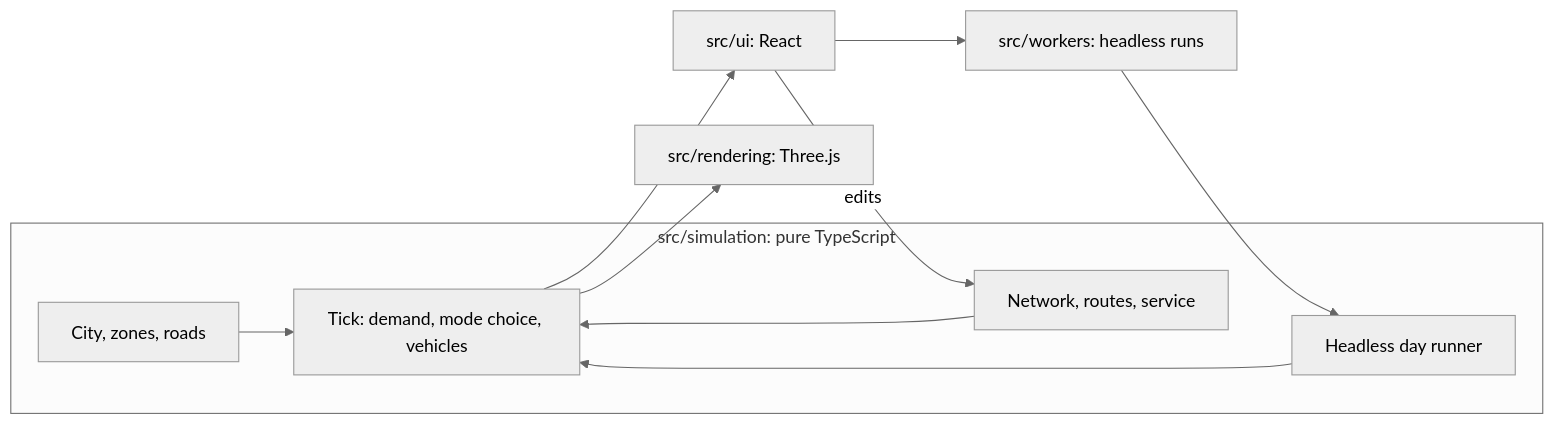
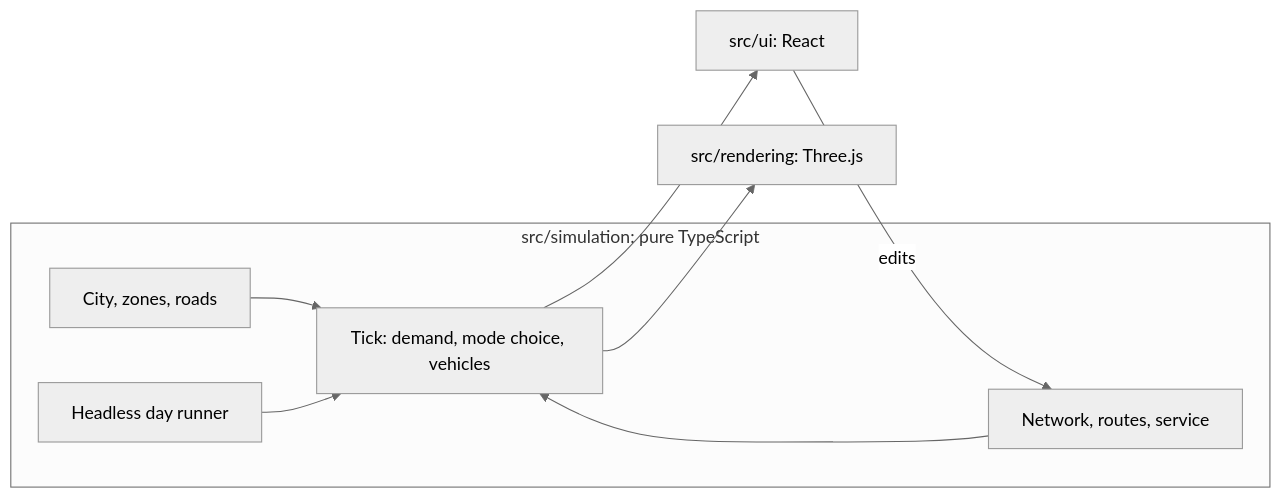
One commit to Raghav2012Code/transit-forge changed the diagram in README.md. Above: the diagram before and after it, drawn with Mermaid (neutral theme). The commit also changed other lines of this file and 28 other files, not shown here.

````diff
--- a/README.md
+++ b/README.md
@@ -90,20 +78,17 @@
 ```mermaid
 flowchart LR
   subgraph sim["src/simulation: pure TypeScript"]
     city[City, zones, roads]
     net[Network, routes, service]
     tick[Tick: demand, mode choice, vehicles]
     eval[Headless day runner]
   end
   render["src/rendering: Three.js"]
   ui["src/ui: React"]
-  workers["src/workers: headless runs"]
   city --> tick
   net --> tick
   tick --> render
   tick --> ui
   ui -->|edits| net
   eval --> tick
-  workers --> eval
-  ui --> workers
 ```
````
